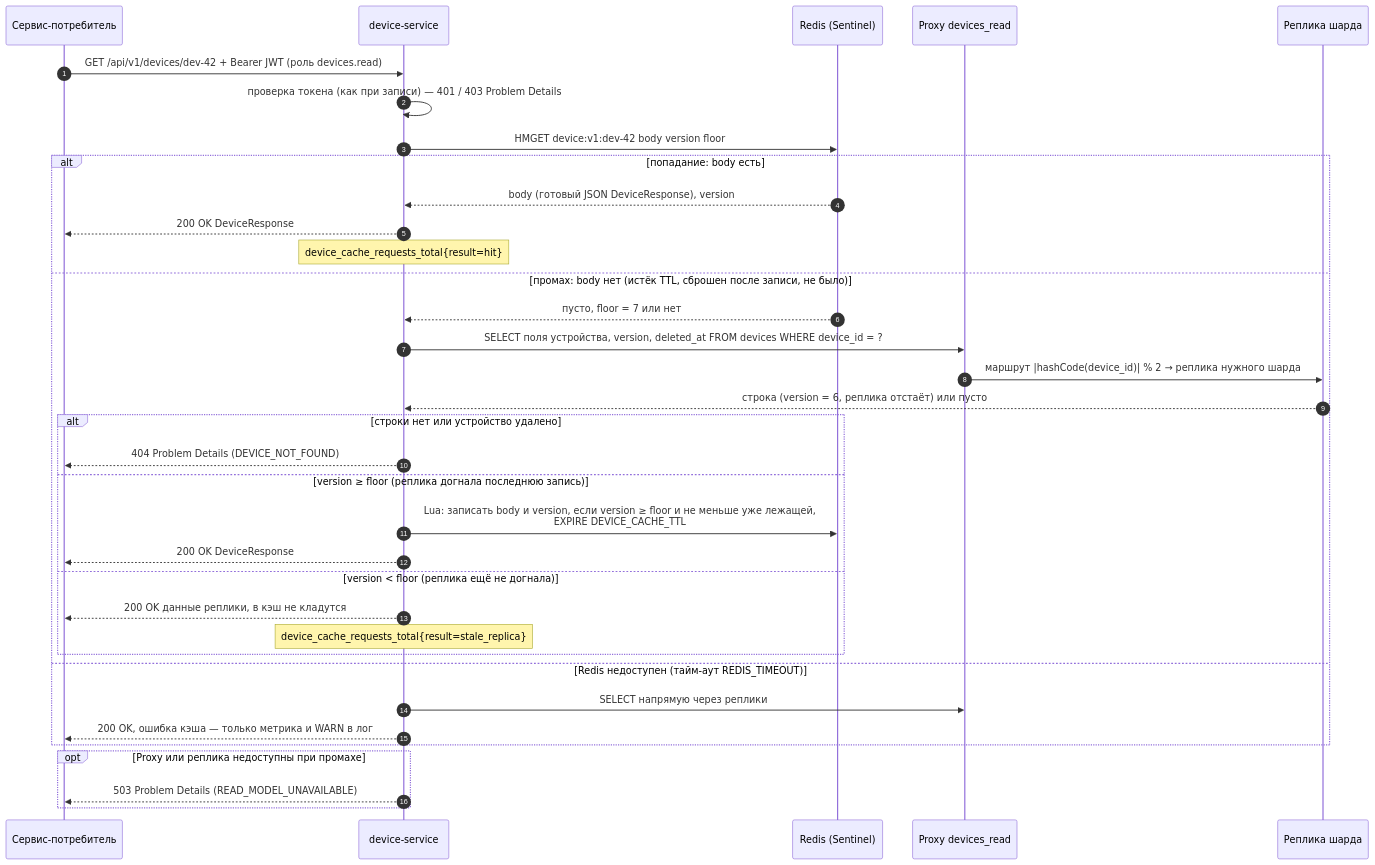
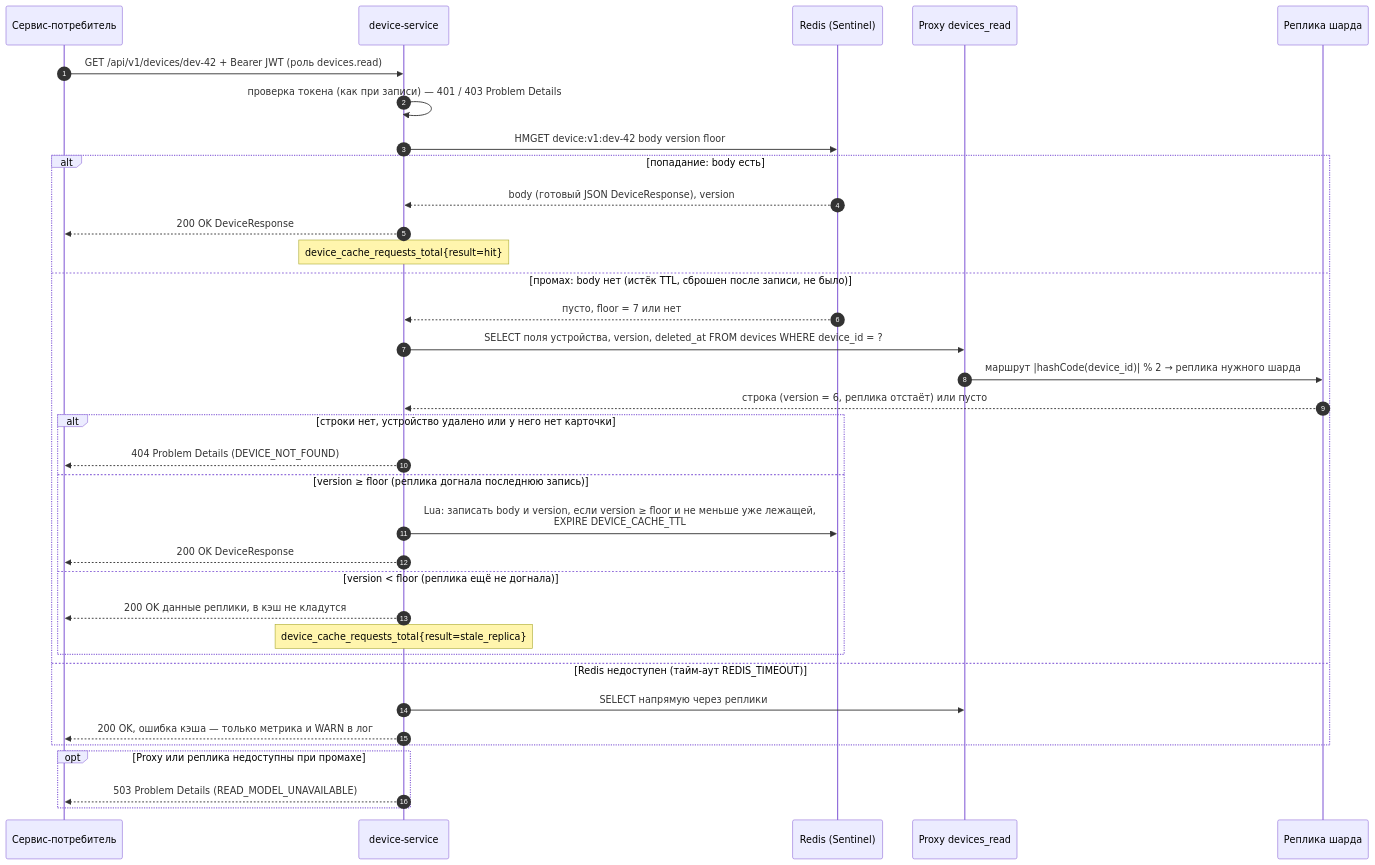
The diagram in diagrams/ds-read-sequence.mmd (gluhov-d/iot-platform), drawn with Mermaid before and after one commit. The commit also changed 41 other files, not shown here.

```diff
--- a/diagrams/ds-read-sequence.mmd
+++ b/diagrams/ds-read-sequence.mmd
@@ -1,37 +1,37 @@
 %% device-service: чтение устройства по паттерну Cache-Aside
 sequenceDiagram
     autonumber
     participant C as Сервис-потребитель
     participant DS as device-service
     participant RD as Redis (Sentinel)
     participant P as Proxy devices_read
     participant R as Реплика шарда
 
     C->>DS: GET /api/v1/devices/dev-42 + Bearer JWT (роль devices.read)
     DS->>DS: проверка токена (как при записи) — 401 / 403 Problem Details
     DS->>RD: HMGET device:v1:dev-42 body version floor
     alt попадание: body есть
         RD-->>DS: body (готовый JSON DeviceResponse), version
         DS-->>C: 200 OK DeviceResponse
         Note over DS: device_cache_requests_total{result=hit}
     else промах: body нет (истёк TTL, сброшен после записи, не было)
         RD-->>DS: пусто, floor = 7 или нет
         DS->>P: SELECT поля устройства, version, deleted_at FROM devices WHERE device_id = ?
         P->>R: маршрут |hashCode(device_id)| % 2 → реплика нужного шарда
         R-->>DS: строка (version = 6, реплика отстаёт) или пусто
-        alt строки нет или устройство удалено
+        alt строки нет, устройство удалено или у него нет карточки
             DS-->>C: 404 Problem Details (DEVICE_NOT_FOUND)
         else version ≥ floor (реплика догнала последнюю запись)
             DS->>RD: Lua: записать body и version, если version ≥ floor и не меньше уже лежащей,<br/>EXPIRE DEVICE_CACHE_TTL
             DS-->>C: 200 OK DeviceResponse
         else version < floor (реплика ещё не догнала)
             DS-->>C: 200 OK данные реплики, в кэш не кладутся
             Note over DS: device_cache_requests_total{result=stale_replica}
         end
     else Redis недоступен (тайм-аут REDIS_TIMEOUT)
         DS->>P: SELECT напрямую через реплики
         DS-->>C: 200 OK, ошибка кэша — только метрика и WARN в лог
     end
     opt Proxy или реплика недоступны при промахе
         DS-->>C: 503 Problem Details (READ_MODEL_UNAVAILABLE)
     end
```
